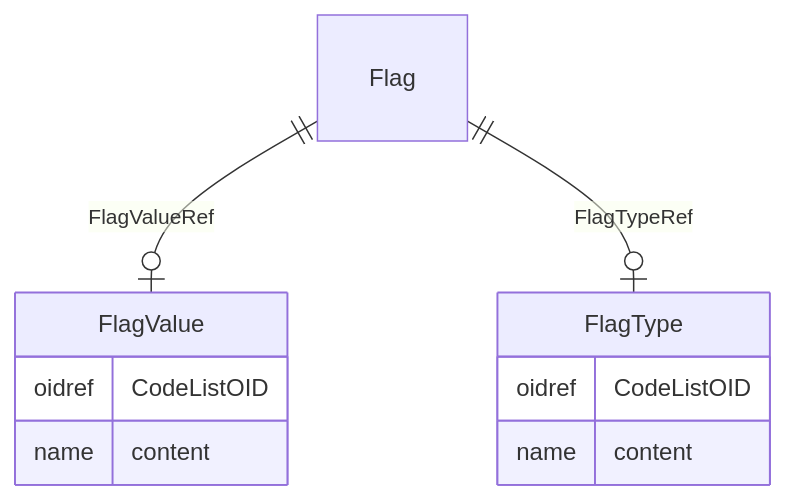
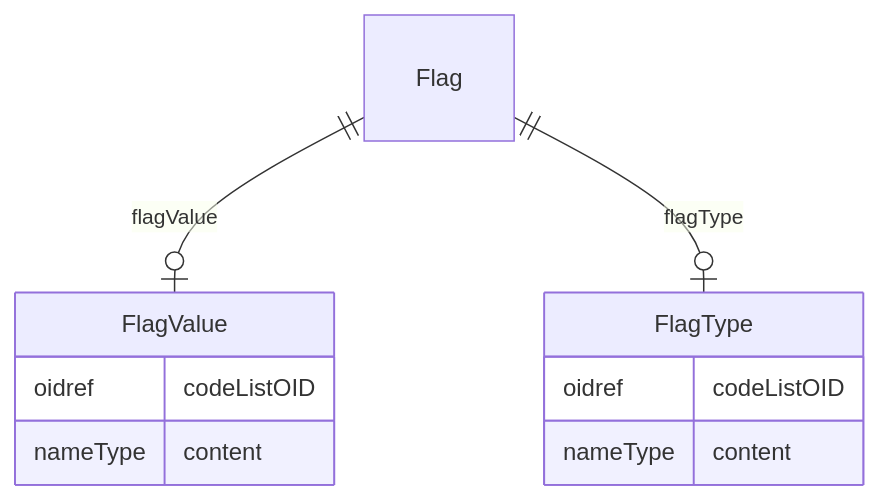
The diagram in docs/Flag.md (cdisc-org/DataExchange-ODM-LinkML), drawn with Mermaid before and after one commit. The commit also changed other lines of this file and 759 other files, not shown here.

````diff
--- a/docs/Flag.md
+++ b/docs/Flag.md
@@ -11,18 +11,18 @@
 ```mermaid
 erDiagram
 Flag {
 
 }
 FlagType {
-    oidref CodeListOID  
-    name content  
+    oidref codeListOID  
+    nameType content  
 }
 FlagValue {
-    oidref CodeListOID  
-    name content  
+    oidref codeListOID  
+    nameType content  
 }
 
-Flag ||--|o FlagValue : "FlagValueRef"
-Flag ||--|o FlagType : "FlagTypeRef"
+Flag ||--|o FlagValue : "flagValue"
+Flag ||--|o FlagType : "flagType"
 
 ```
````
